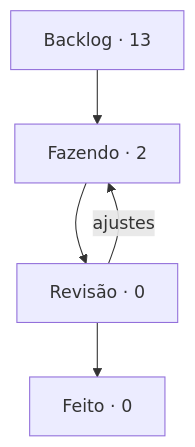
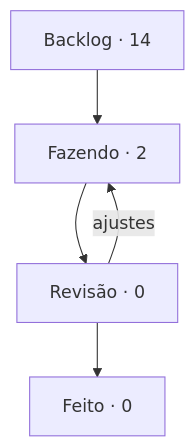
The diagram in boards/dungeon-bend/BOARD.md (StudioVibi/VibiKanban), drawn with Mermaid before and after one commit. The commit also changed other lines of this file and 2 other files, not shown here.

````diff
--- a/boards/dungeon-bend/BOARD.md
+++ b/boards/dungeon-bend/BOARD.md
@@ -5,10 +5,10 @@
 ```mermaid
 flowchart TD
-  backlog["Backlog · 13"] --> doing["Fazendo · 2"]
+  backlog["Backlog · 14"] --> doing["Fazendo · 2"]
   doing --> review["Revisão · 0"]
   review --> done["Feito · 0"]
   review -->|ajustes| doing
   doing:::blue
   review:::yellow
   done:::green
 ```
````
